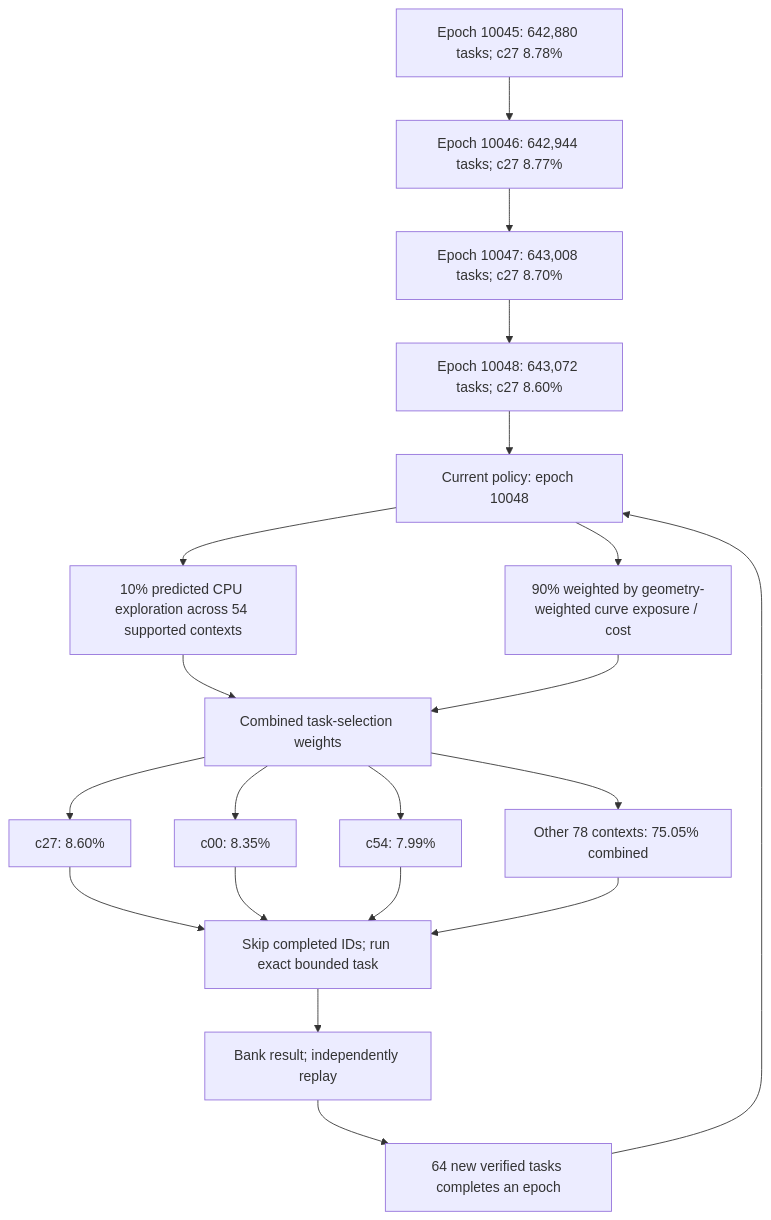
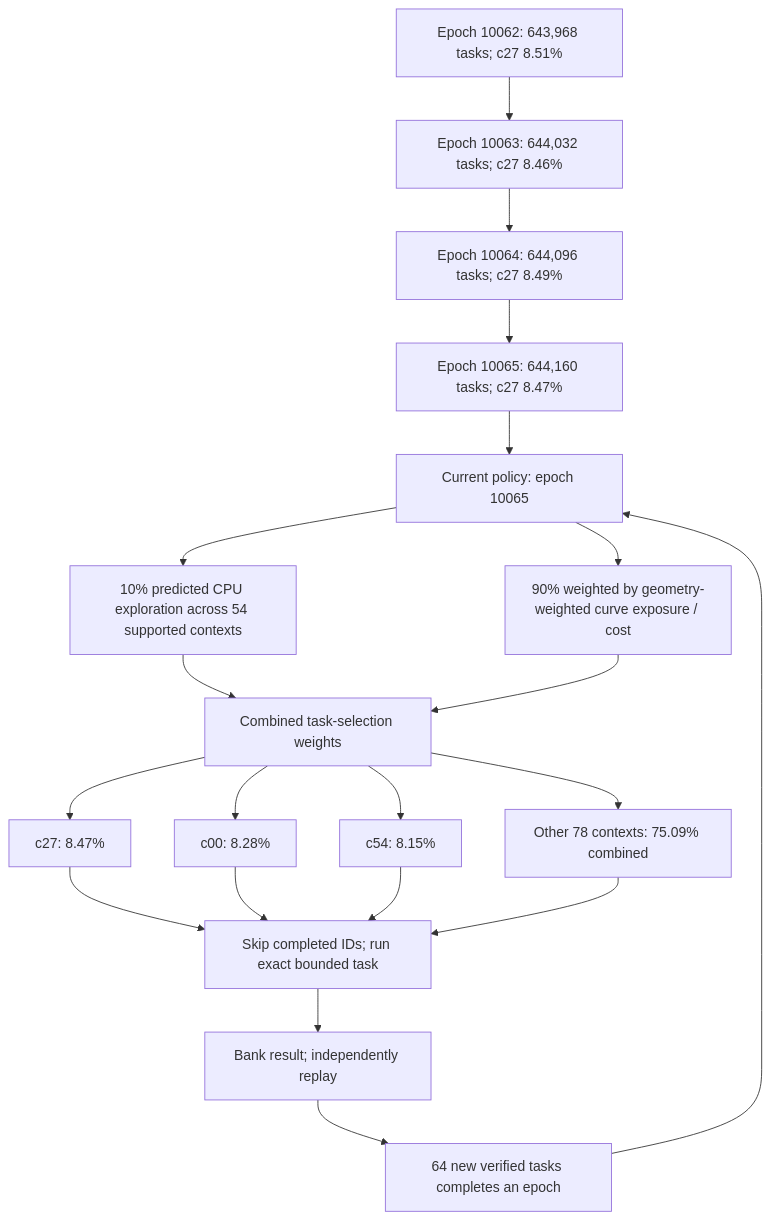
Before and after one commit to Kuberwastaken/math-gambling: the first of 4 diagrams in README.md, drawn with Mermaid. The commit also changed other lines of this file and 2434 other files, not shown here.

````diff
--- a/README.md
+++ b/README.md
@@ -60,27 +60,27 @@
 ```mermaid
 flowchart TD
-    H0["Epoch 10045: 642,880 tasks; c27 8.78%"]
-    H1["Epoch 10046: 642,944 tasks; c27 8.77%"]
+    H0["Epoch 10062: 643,968 tasks; c27 8.51%"]
+    H1["Epoch 10063: 644,032 tasks; c27 8.46%"]
     H0 --> H1
-    H2["Epoch 10047: 643,008 tasks; c27 8.70%"]
+    H2["Epoch 10064: 644,096 tasks; c27 8.49%"]
     H1 --> H2
-    H3["Epoch 10048: 643,072 tasks; c27 8.60%"]
+    H3["Epoch 10065: 644,160 tasks; c27 8.47%"]
     H2 --> H3
-    Policy["Current policy: epoch 10048"]
+    Policy["Current policy: epoch 10065"]
     H3 --> Policy
     Policy --> Explore["10% predicted CPU exploration across 54 supported contexts"]
     Policy --> Cost["90% weighted by geometry-weighted curve exposure / cost"]
     Explore --> Mix["Combined task-selection weights"]
     Cost --> Mix
-    Mix --> C0["c27: 8.60%"]
-    Mix --> C1["c00: 8.35%"]
-    Mix --> C2["c54: 7.99%"]
-    Mix --> Rest["Other 78 contexts: 75.05% combined"]
+    Mix --> C0["c27: 8.47%"]
+    Mix --> C1["c00: 8.28%"]
+    Mix --> C2["c54: 8.15%"]
+    Mix --> Rest["Other 78 contexts: 75.09% combined"]
     C0 --> Check["Skip completed IDs; run exact bounded task"]
     C1 --> Check
     C2 --> Check
     Rest --> Check
     Check --> Replay["Bank result; independently replay"]
     Replay --> Gate["64 new verified tasks completes an epoch"]
     Gate --> Policy
 ```
````
